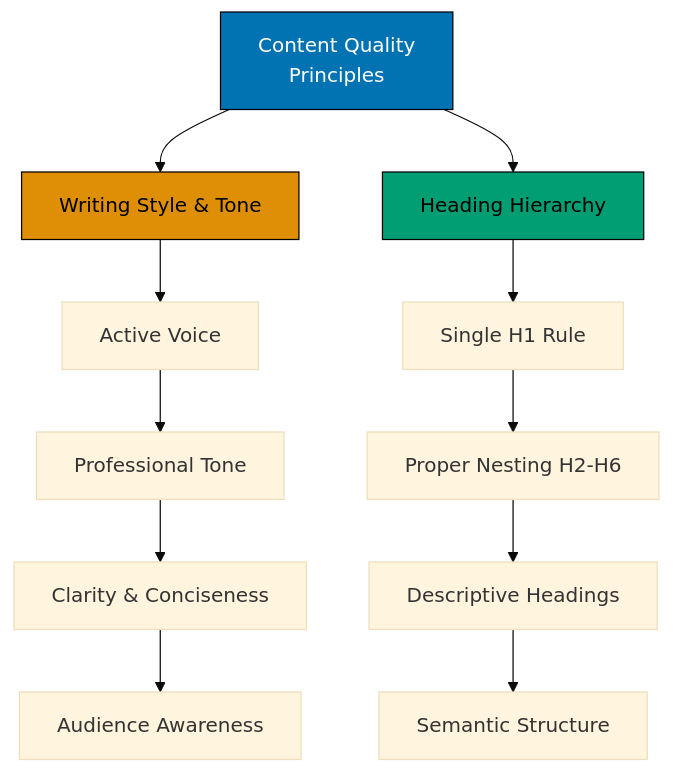
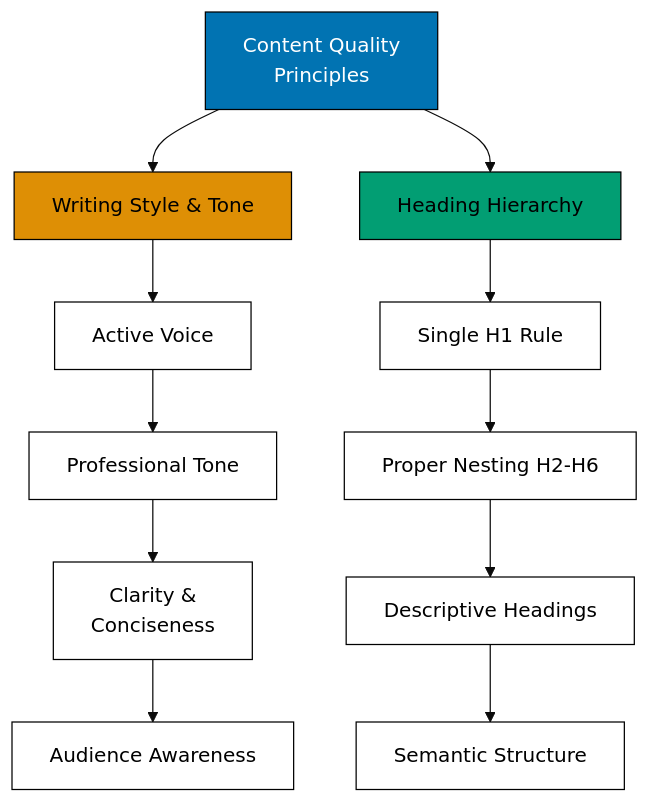
The first of 2 diagrams in repo-governance/conventions/writing/quality/purpose-scope-and-principles.md (wahidyankf/ose-public), drawn with Mermaid (base theme) before and after one commit. The commit also changed other lines of this file and 220 other files, not shown here.

First line of the commit message:
docs: split mermaid labels to 20 graphemes and add palette defaults

````diff
--- a/repo-governance/conventions/writing/quality/purpose-scope-and-principles.md
+++ b/repo-governance/conventions/writing/quality/purpose-scope-and-principles.md
@@ -33,25 +33,26 @@
 ```mermaid
 %% Color Palette: Blue #0173B2, Orange #DE8F05, Teal #029E73, Purple #CC78BC, Brown #CA9161 %%
 graph TD
     accTitle: Scope
     accDescr: Content Quality Principles leads to Writing Style & Tone; Content Quality Principles leads to Heading Hierarchy; Writing Style & Tone leads to Active Voice; Active Voice leads to Professional Tone; and 6 more links.
     A[Content Quality<br/>Principles] --> B[Writing Style & Tone]
     A --> C[Heading Hierarchy]
 
     B --> B1[Active Voice]
     B1 --> B2[Professional Tone]
-    B2 --> B3[Clarity & Conciseness]
+    B2 --> B3[Clarity &<br/>Conciseness]
     B3 --> B4[Audience Awareness]
 
     C --> C1[Single H1 Rule]
     C1 --> C2[Proper Nesting H2-H6]
     C2 --> C3[Descriptive Headings]
     C3 --> C4[Semantic Structure]
 
     classDef blueNode fill:#0173B2,stroke:#000000,color:#FFFFFF
     classDef orangeNode fill:#DE8F05,stroke:#000000,color:#000000
     classDef tealNode fill:#029E73,stroke:#000000,color:#000000
     class A blueNode
     class B orangeNode
     class C tealNode
+    classDef default fill:#FFFFFF,stroke:#000000,color:#000000
 ```
````
